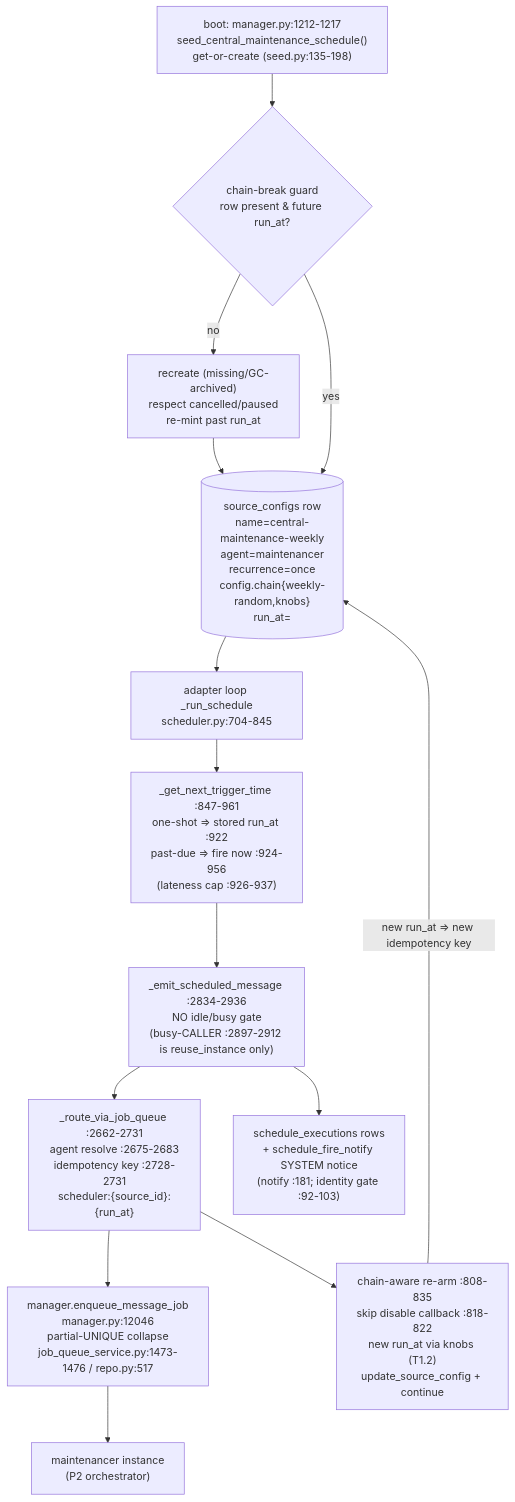
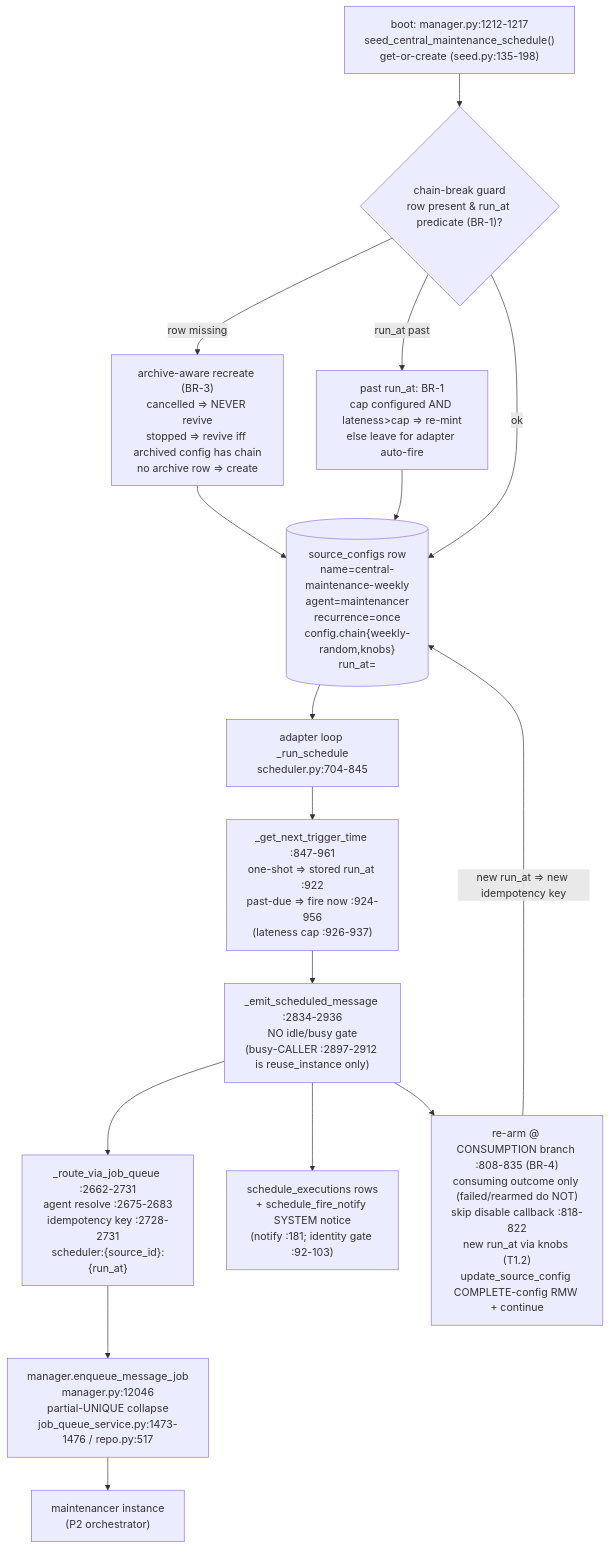
One commit to disillusioners/ensemble changed the diagram in .agents/shared/planning/maintenance-system/phase1-plan.md. Above: the diagram before and after it, drawn with Mermaid. The commit also changed other lines of this file and 6 other files, not shown here.

Commit message:
docs(maintenance): fold architecture BR-1..19 + DP-1 + rulings into phase docs

````diff
--- a/.agents/shared/planning/maintenance-system/phase1-plan.md
+++ b/.agents/shared/planning/maintenance-system/phase1-plan.md
@@ -83,23 +107,25 @@
 ```mermaid
 flowchart TD
     SEED["boot: manager.py:1212-1217<br/>seed_central_maintenance_schedule()<br/>get-or-create (seed.py:135-198)"]
-    GUARD{"chain-break guard<br/>row present & future run_at?"}
-    RECREATE["recreate (missing/GC-archived)<br/>respect cancelled/paused<br/>re-mint past run_at"]
+    GUARD{"chain-break guard<br/>row present & run_at predicate (BR-1)?"}
+    RECREATE["archive-aware recreate (BR-3)<br/>cancelled ⇒ NEVER revive<br/>stopped ⇒ revive iff archived config has chain<br/>no archive row ⇒ create"]
+    PAST["past run_at: BR-1<br/>cap configured AND lateness>cap ⇒ re-mint<br/>else leave for adapter auto-fire"]
     ROW[("source_configs row<br/>name=central-maintenance-weekly<br/>agent=maintenancer<br/>recurrence=once<br/>config.chain{weekly-random,knobs}<br/>run_at=<ISO UTC>")]
     LOOP["adapter loop _run_schedule<br/>scheduler.py:704-845"]
     NEXT["_get_next_trigger_time :847-961<br/>one-shot ⇒ stored run_at :922<br/>past-due ⇒ fire now :924-956<br/>(lateness cap :926-937)"]
     EMIT["_emit_scheduled_message :2834-2936<br/>NO idle/busy gate<br/>(busy-CALLER :2897-2912 is reuse_instance only)"]
     ROUTE["_route_via_job_queue :2662-2731<br/>agent resolve :2675-2683<br/>idempotency key :2728-2731<br/>scheduler:{source_id}:{run_at}"]
     ENQ["manager.enqueue_message_job<br/>manager.py:12046<br/>partial-UNIQUE collapse<br/>job_queue_service.py:1473-1476 / repo.py:517"]
     AGENT["maintenancer instance<br/>(P2 orchestrator)"]
-    REARM["chain-aware re-arm :808-835<br/>skip disable callback :818-822<br/>new run_at via knobs (T1.2)<br/>update_source_config + continue"]
+    REARM["re-arm @ CONSUMPTION branch :808-835 (BR-4)<br/>consuming outcome only (failed/rearmed do NOT)<br/>skip disable callback :818-822<br/>new run_at via knobs (T1.2)<br/>update_source_config COMPLETE-config RMW + continue"]
     AUDIT["schedule_executions rows<br/>+ schedule_fire_notify SYSTEM notice<br/>(notify :181; identity gate :92-103)"]
 
     SEED --> GUARD
-    GUARD -- no --> RECREATE --> ROW
-    GUARD -- yes --> ROW
+    GUARD -- "row missing" --> RECREATE --> ROW
+    GUARD -- "run_at past" --> PAST --> ROW
+    GUARD -- "ok" --> ROW
     ROW --> LOOP --> NEXT --> EMIT --> ROUTE --> ENQ --> AGENT
     EMIT --> AUDIT
-    ROUTE --> REARM
+    EMIT --> REARM
     REARM -- "new run_at ⇒ new idempotency key" --> ROW
 ```
````
